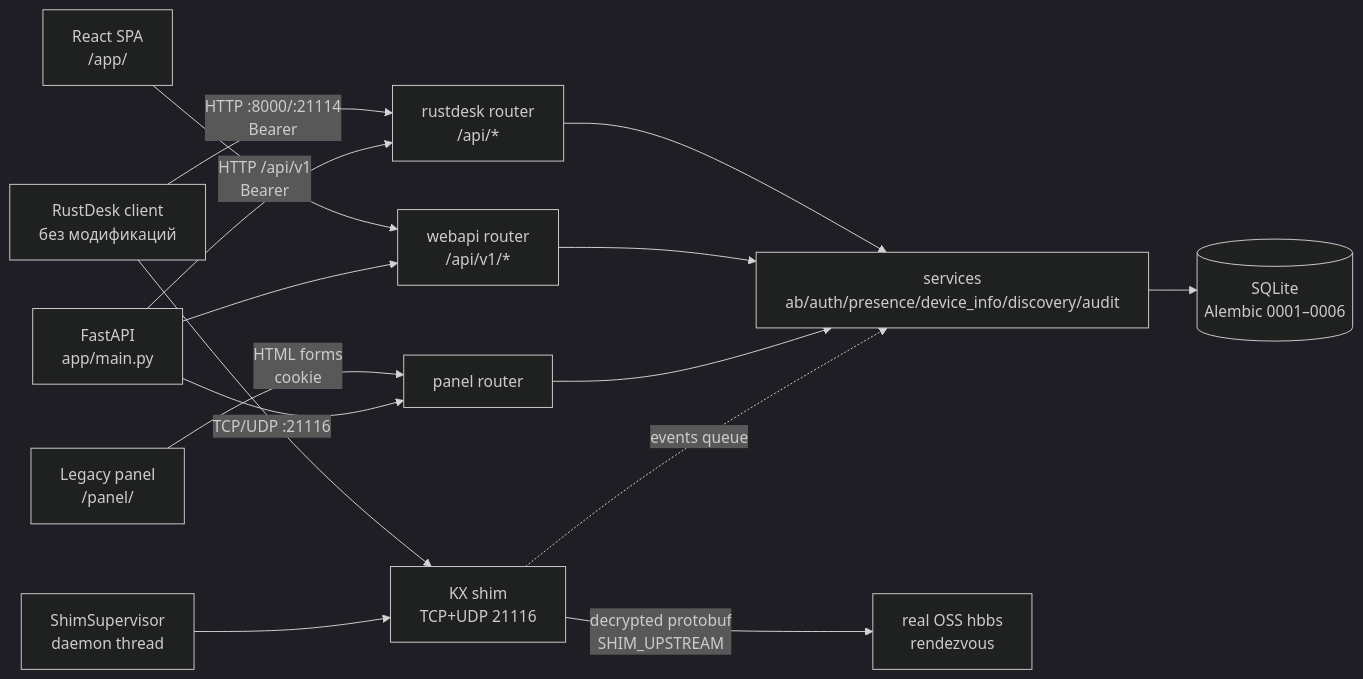
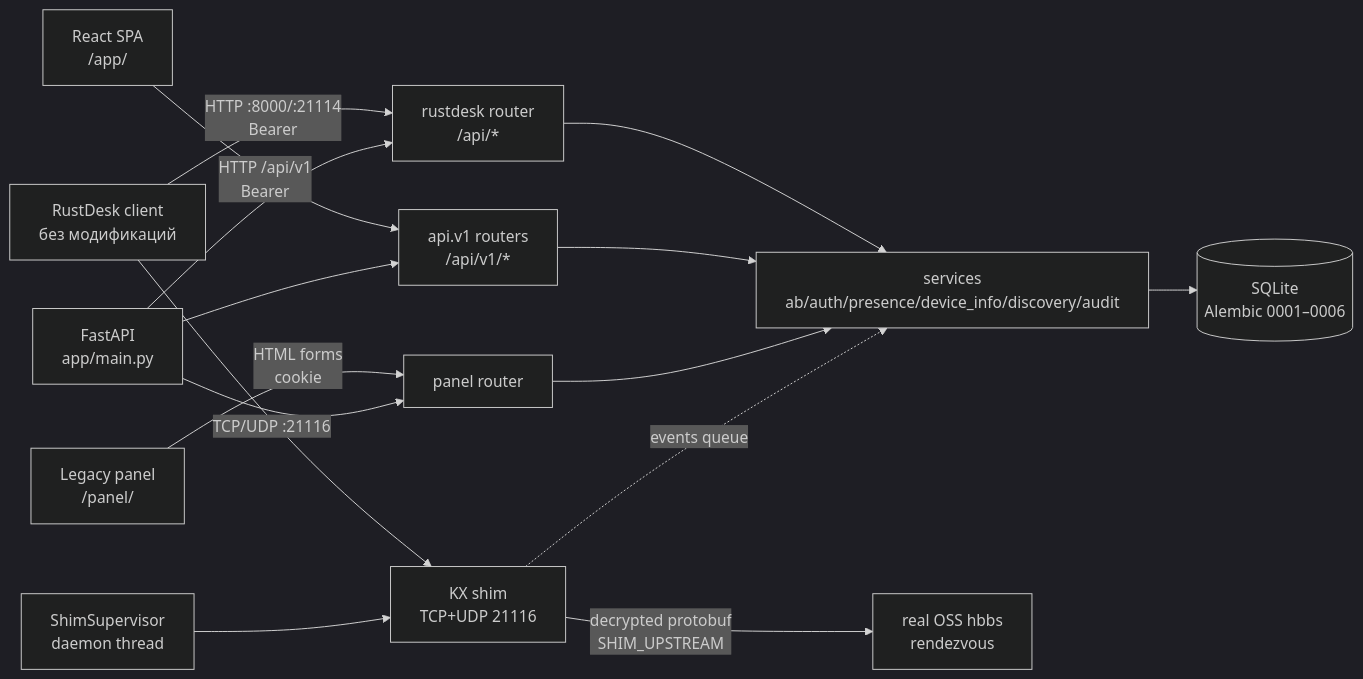
The first of 7 diagrams in docs/project/ARCHITECTURE.md (iinxn/rustdesk-address-book-api), drawn with Mermaid (dark theme) before and after one commit. The commit also changed other lines of this file and 56 other files, not shown here.

````diff
--- a/docs/project/ARCHITECTURE.md
+++ b/docs/project/ARCHITECTURE.md
@@ -39,26 +39,26 @@
 ```mermaid
 flowchart LR
     RC[RustDesk client<br/>без модификаций]
     SPA[React SPA<br/>/app/]
     LEG[Legacy panel<br/>/panel/]
     API[FastAPI<br/>app/main.py]
     RS[rustdesk router<br/>/api/*]
-    V1[webapi router<br/>/api/v1/*]
+    V1[api.v1 routers<br/>/api/v1/*]
     PNL[panel router]
     SVC[services<br/>ab/auth/presence/device_info/discovery/audit]
     DB[(SQLite<br/>Alembic 0001–0006)]
     SUP[ShimSupervisor<br/>daemon thread]
     SHIM[KX shim<br/>TCP+UDP 21116]
     HBBS[real OSS hbbs<br/>rendezvous]
 
     RC -->|HTTP :8000/:21114<br/>Bearer| RS
     RC -->|TCP/UDP :21116| SHIM
     SPA -->|HTTP /api/v1<br/>Bearer| V1
     LEG -->|HTML forms<br/>cookie| PNL
     API --> RS & V1 & PNL
     RS & V1 & PNL --> SVC
     SVC --> DB
     SUP --> SHIM
     SHIM -->|decrypted protobuf<br/>SHIM_UPSTREAM| HBBS
     SHIM -.->|events queue| SVC
 ```
````
